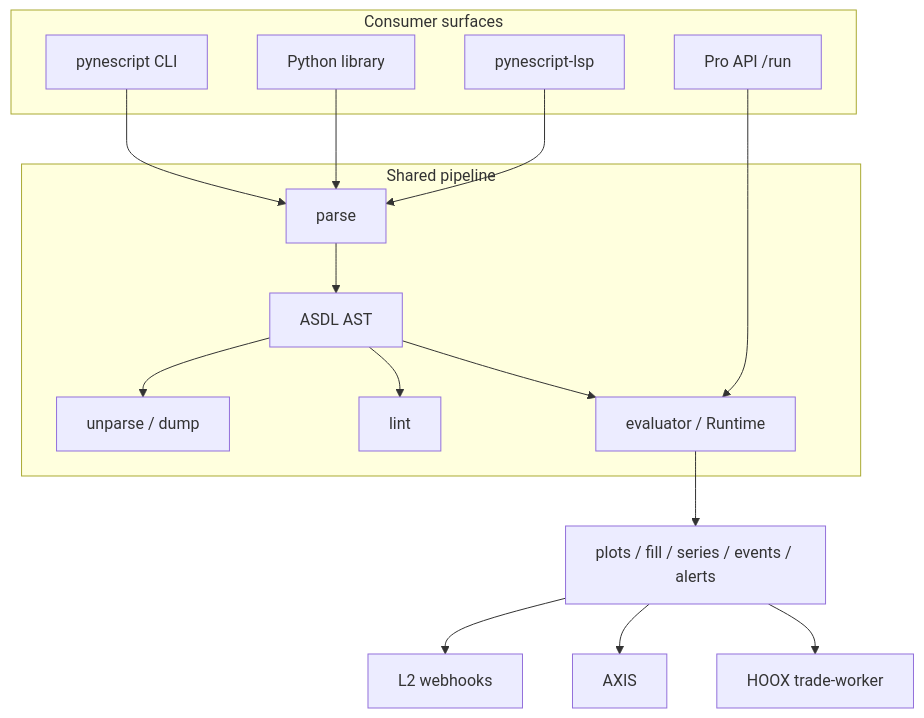
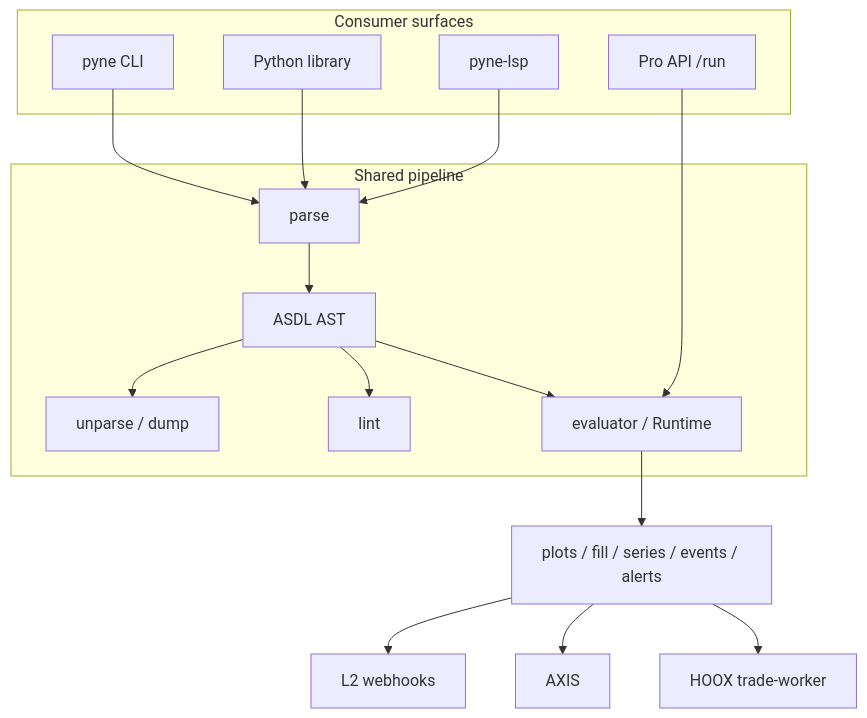
Before and after one commit to hoox-sh/pyne: the diagram in docs/pyne/enduser/index.mdx, drawn with Mermaid. The commit also changed other lines of this file and 44 other files, not shown here.

````diff
--- a/docs/pyne/enduser/index.mdx
+++ b/docs/pyne/enduser/index.mdx
@@ -46,28 +46,28 @@
 ```mermaid
 flowchart TB
   subgraph consumers [Consumer surfaces]
-    CLI[pynescript CLI]
+    CLI[pyne CLI]
     LIB[Python library]
-    LSP[pynescript-lsp]
+    LSP[pyne-lsp]
     HTTP[Pro API /run]
   end
   subgraph pipeline [Shared pipeline]
     P[parse]
     A[ASDL AST]
     U[unparse / dump]
     L[lint]
     E[evaluator / Runtime]
   end
   CLI --> P
   LIB --> P
   LSP --> P
   HTTP --> E
   P --> A
   A --> U
   A --> L
   A --> E
   E --> OUT[plots / fill / series / events / alerts]
   OUT --> WH[L2 webhooks]
   OUT --> AXIS[AXIS]
   OUT --> HOOX[HOOX trade-worker]
 ```
````
